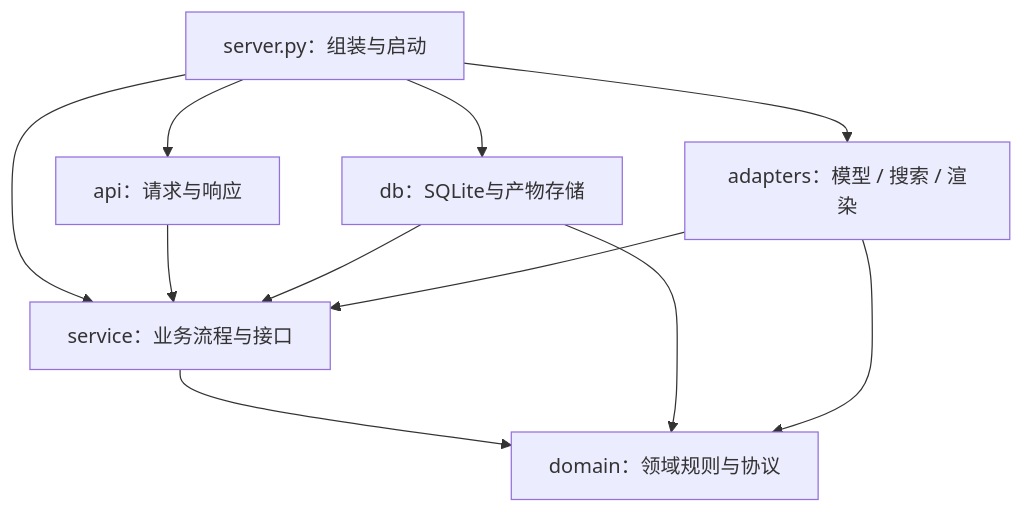
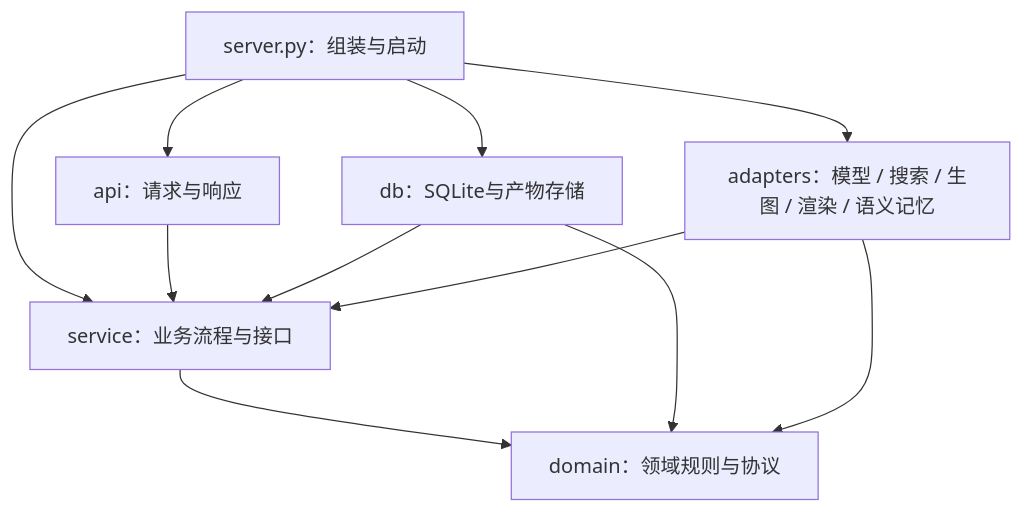
One commit to julikaalice-ux/edu-agent-learning-coach changed the diagram in docs/design/architecture.md. Above: the diagram before and after it, drawn with Mermaid. The commit also changed other lines of this file and 4 other files, not shown here.

````diff
--- a/docs/design/architecture.md
+++ b/docs/design/architecture.md
@@ -9,13 +11,13 @@
 ```mermaid
 flowchart TB
     Server[server.py：组装与启动] --> API[api：请求与响应]
     Server --> DB[db：SQLite与产物存储]
-    Server --> Adapters[adapters：模型 / 搜索 / 渲染]
+    Server --> Adapters[adapters：模型 / 搜索 / 生图 / 渲染 / 语义记忆]
     Server --> Service[service：业务流程与接口]
     API --> Service
     DB --> Service
     Adapters --> Service
     Service --> Domain[domain：领域规则与协议]
     DB --> Domain
     Adapters --> Domain
 ```
````
